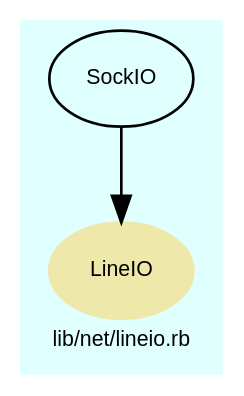
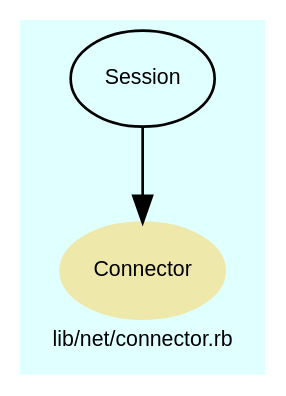
Before and after one commit to Tyche/teensymud: the diagram in doc/dot/f_10.dot, drawn with Graphviz. The commit also changed 233 other files, not shown here.

```diff
--- a/doc/dot/f_10.dot
+++ b/doc/dot/f_10.dot
@@ -1,31 +1,31 @@
 digraph TopLevel {
     compound = true
     bgcolor = lightcyan1
     fontname = Arial
     fontsize = 8
-    label = "lib/net/lineio.rb"
+    label = "lib/net/connector.rb"
     node [
         fontname = Arial,
         fontsize = 8,
         color = black
     ]
 
-    LineIO [
+    Connector [
         fontcolor = black,
-        URL = "classes/LineIO.html",
+        URL = "classes/Connector.html",
         shape = ellipse,
         color = palegoldenrod,
         style = filled,
-        label = "LineIO"
+        label = "Connector"
     ]
 
-    SockIO [
-        URL = "classes/SockIO.html",
-        label = "SockIO"
+    Session [
+        URL = "classes/Session.html",
+        label = "Session"
     ]
 
-    SockIO -> LineIO [
+    Session -> Connector [
 
     ]
 
 }
```
